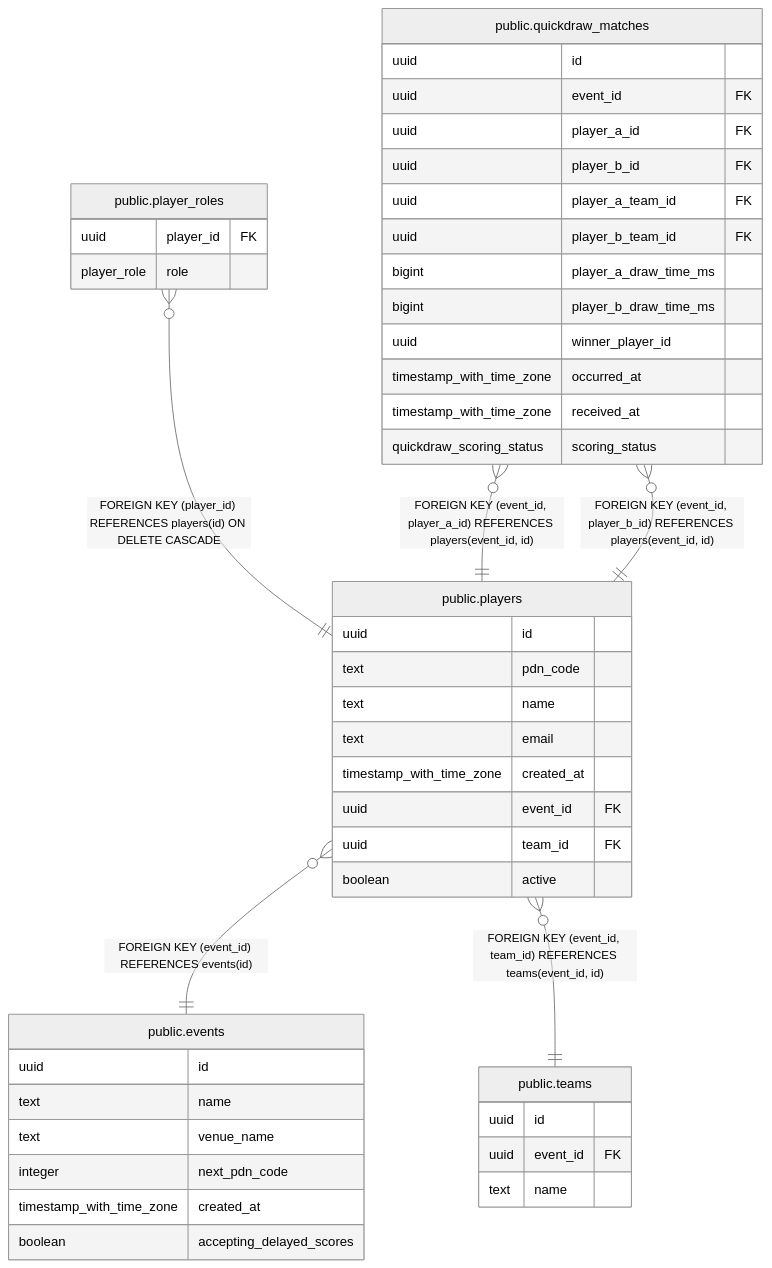
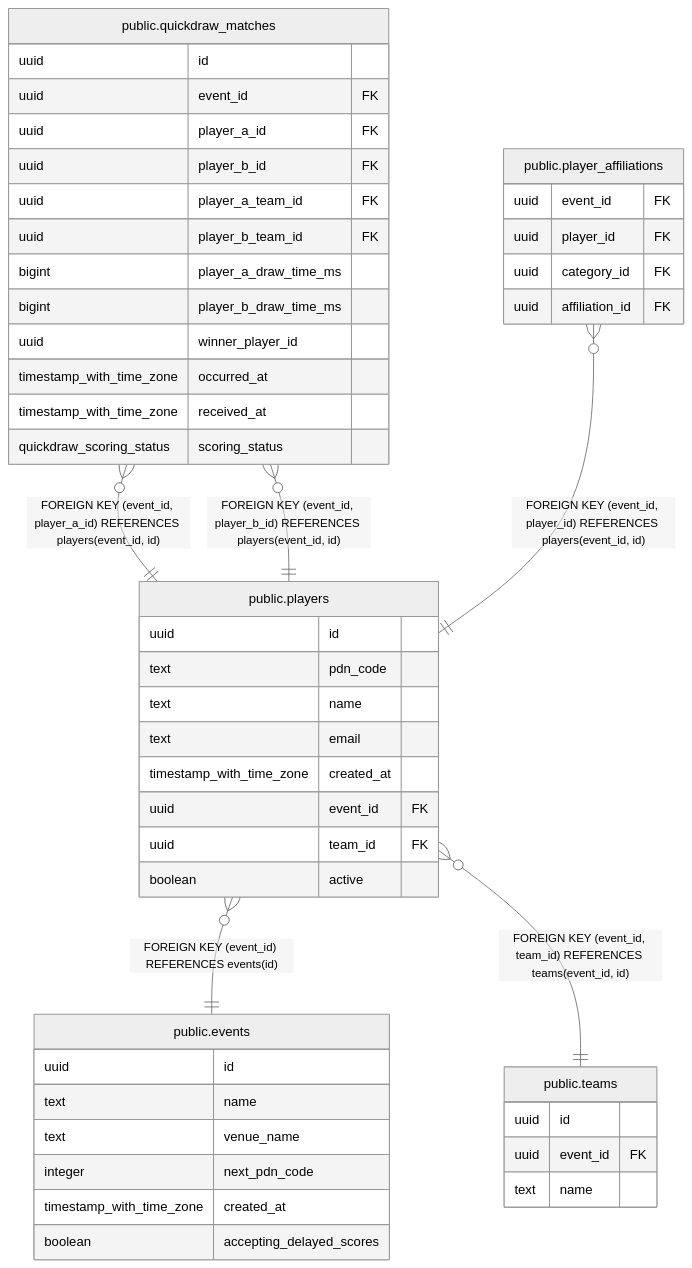
The diagram in docs/database/schema/public.players.md (alleycatassetacquisitions/alleycat-rs), drawn with Mermaid (neutral theme) before and after one commit. The commit also changed other lines of this file and 16 other files, not shown here.

Commit message:
Add event affiliation schema and development seed data (#47)

````diff
--- a/docs/database/schema/public.players.md
+++ b/docs/database/schema/public.players.md
@@ -46,51 +46,53 @@
 ```mermaid
 erDiagram
 
-"public.player_roles" }o--|| "public.players" : "FOREIGN KEY (player_id) REFERENCES players(id) ON DELETE CASCADE"
 "public.quickdraw_matches" }o--|| "public.players" : "FOREIGN KEY (event_id, player_a_id) REFERENCES players(event_id, id)"
 "public.quickdraw_matches" }o--|| "public.players" : "FOREIGN KEY (event_id, player_b_id) REFERENCES players(event_id, id)"
+"public.player_affiliations" }o--|| "public.players" : "FOREIGN KEY (event_id, player_id) REFERENCES players(event_id, id)"
 "public.players" }o--|| "public.events" : "FOREIGN KEY (event_id) REFERENCES events(id)"
 "public.players" }o--|| "public.teams" : "FOREIGN KEY (event_id, team_id) REFERENCES teams(event_id, id)"
 
 "public.players" {
   uuid id
   text pdn_code
   text name
   text email
   timestamp_with_time_zone created_at
   uuid event_id FK
   uuid team_id FK
   boolean active
-}
-"public.player_roles" {
-  uuid player_id FK
-  player_role role
 }
 "public.quickdraw_matches" {
   uuid id
   uuid event_id FK
   uuid player_a_id FK
   uuid player_b_id FK
   uuid player_a_team_id FK
   uuid player_b_team_id FK
   bigint player_a_draw_time_ms
   bigint player_b_draw_time_ms
   uuid winner_player_id
   timestamp_with_time_zone occurred_at
   timestamp_with_time_zone received_at
   quickdraw_scoring_status scoring_status
 }
+"public.player_affiliations" {
+  uuid event_id FK
+  uuid player_id FK
+  uuid category_id FK
+  uuid affiliation_id FK
+}
 "public.events" {
   uuid id
   text name
   text venue_name
   integer next_pdn_code
   timestamp_with_time_zone created_at
   boolean accepting_delayed_scores
 }
 "public.teams" {
   uuid id
   uuid event_id FK
   text name
 }
 ```
````
